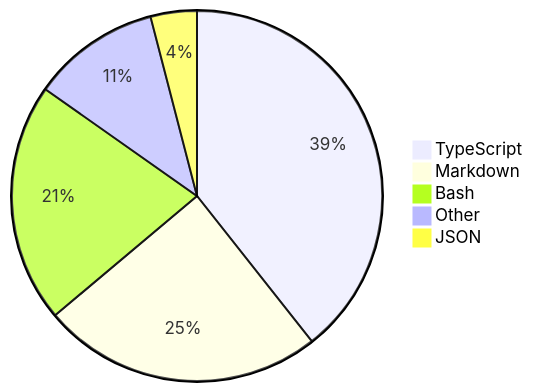
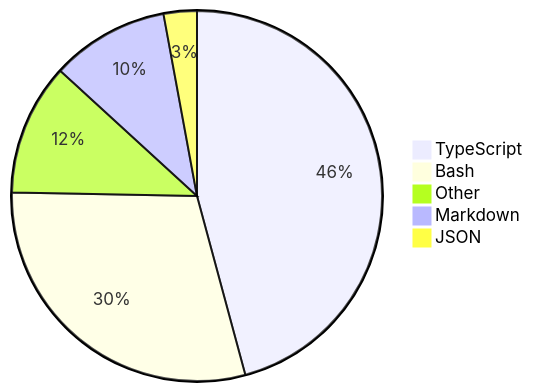
The diagram in README.md (skvggor/skvggor), drawn with Mermaid before and after one commit.

Commit message:
Updated waka-readme graph with new metrics

````diff
--- a/README.md
+++ b/README.md
@@ -35,8 +35,8 @@
 ```mermaid
 pie
-    "TypeScript" : 39.0
-    "Markdown" : 24.3
-    "Bash" : 20.7
-    "Other" : 11.1
-    "JSON" : 4.0
+    "TypeScript" : 45.8
+    "Bash" : 29.5
+    "Other" : 11.5
+    "Markdown" : 10.3
+    "JSON" : 2.9
 ```
````
